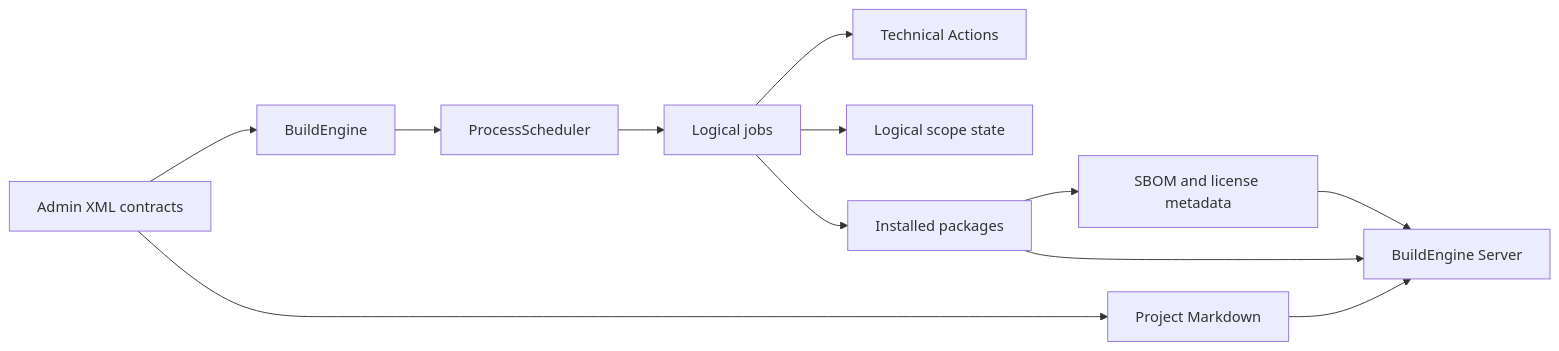
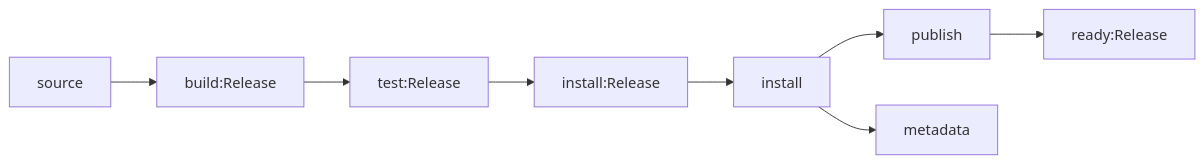
The third of 8 diagrams in admin/server-docs/buildengine.md (adeccscholar/BuildEngine-Admin), drawn with Mermaid before and after one commit. The commit also changed other lines of this file, not shown here.

Commit message:
Document Common-led extension and artifact architecture

````diff
--- a/admin/server-docs/buildengine.md
+++ b/admin/server-docs/buildengine.md
@@ -55,14 +111,10 @@
 ```mermaid
-graph LR
-   Admin[Admin XML contracts] --> Engine[BuildEngine]
-   Engine --> Scheduler[ProcessScheduler]
-   Scheduler --> Jobs[Logical jobs]
-   Jobs --> Actions[Technical Actions]
-   Jobs --> State[Logical scope state]
-   Jobs --> Install[Installed packages]
-   Install --> Metadata[SBOM and license metadata]
-   Metadata --> Server[BuildEngine Server]
-   Install --> Server
-   Admin --> Manual[Project Markdown]
-   Manual --> Server
+flowchart LR
+    S[source] --> B[build:Release]
+    B --> T[test:Release]
+    T --> I[install:Release]
+    I --> IA[install]
+    IA --> P[publish]
+    IA --> M[metadata]
+    P --> R[ready:Release]
 ```
````
